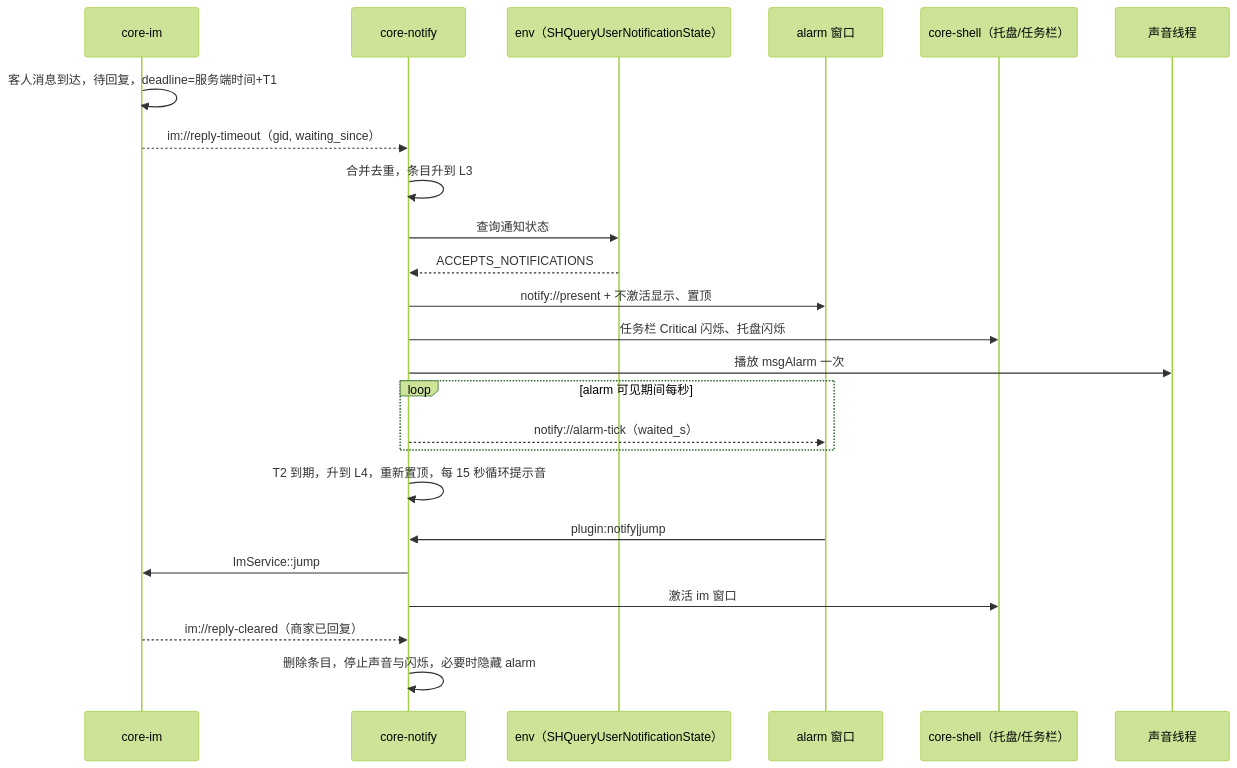
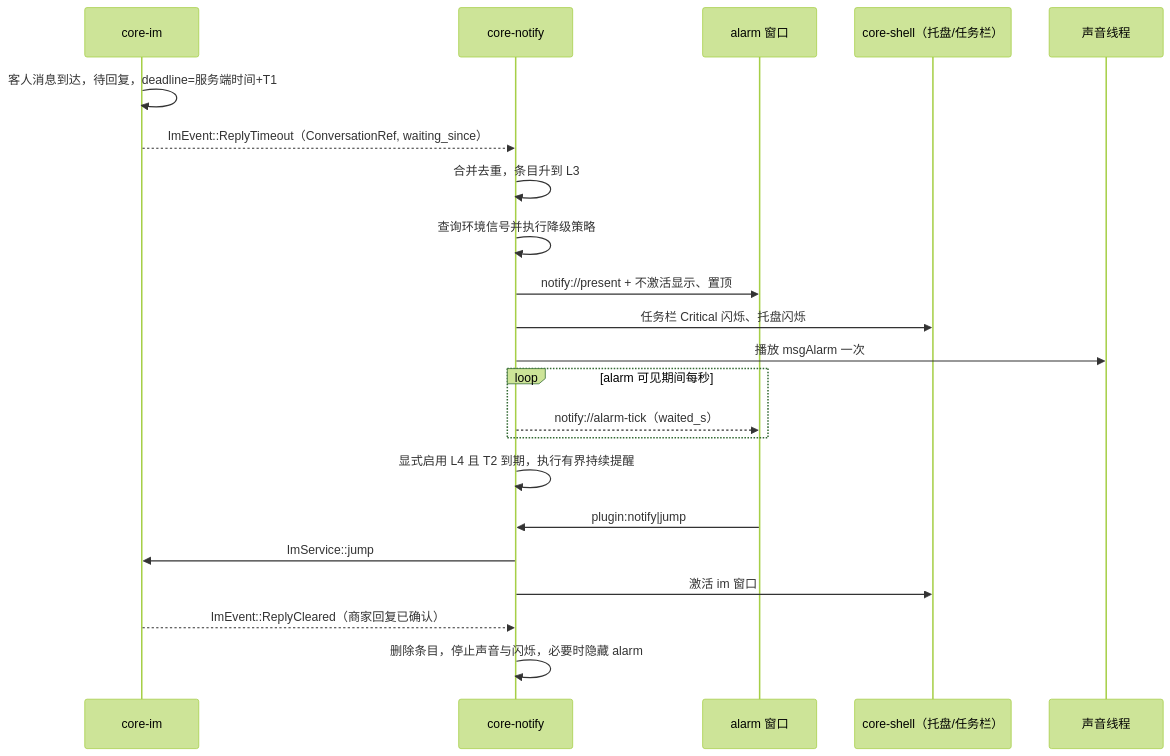
One commit to meruchan0623/Ctrip-vbk-refact changed the diagram in docs/dev/03-strong-alert.md. Above: the diagram before and after it, drawn with Mermaid (forest theme). The commit also changed other lines of this file and 31 other files, not shown here.

First line of the commit message:
Update architecture plans from final review

````diff
--- a/docs/dev/03-strong-alert.md
+++ b/docs/dev/03-strong-alert.md
@@ -377,26 +380,24 @@
 ```mermaid
 sequenceDiagram
   participant IM as core-im
   participant N as core-notify
-  participant Env as env（SHQueryUserNotificationState）
   participant A as alarm 窗口
   participant Sh as core-shell（托盘/任务栏）
   participant S as 声音线程
   IM->>IM: 客人消息到达，待回复，deadline=服务端时间+T1
-  IM-->>N: im://reply-timeout（gid, waiting_since）
+  IM-->>N: ImEvent::ReplyTimeout（ConversationRef, waiting_since）
   N->>N: 合并去重，条目升到 L3
-  N->>Env: 查询通知状态
-  Env-->>N: ACCEPTS_NOTIFICATIONS
+  N->>N: 查询环境信号并执行降级策略
   N->>A: notify://present + 不激活显示、置顶
   N->>Sh: 任务栏 Critical 闪烁、托盘闪烁
   N->>S: 播放 msgAlarm 一次
   loop alarm 可见期间每秒
     N-->>A: notify://alarm-tick（waited_s）
   end
-  N->>N: T2 到期，升到 L4，重新置顶，每 15 秒循环提示音
+  N->>N: 显式启用 L4 且 T2 到期，执行有界持续提醒
   A->>N: plugin:notify|jump
   N->>IM: ImService::jump
   N->>Sh: 激活 im 窗口
-  IM-->>N: im://reply-cleared（商家已回复）
+  IM-->>N: ImEvent::ReplyCleared（商家回复已确认）
   N->>N: 删除条目，停止声音与闪烁，必要时隐藏 alarm
 ```
````
